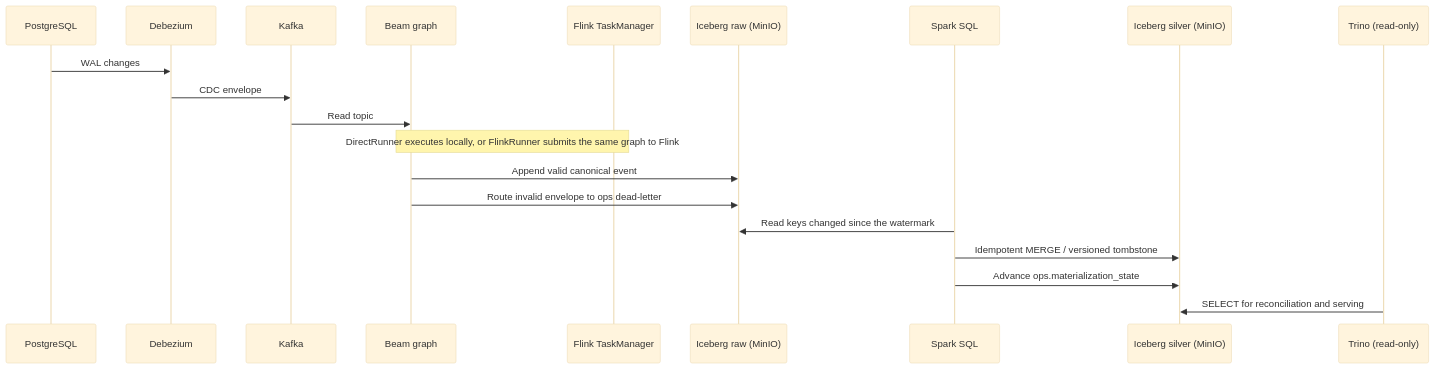
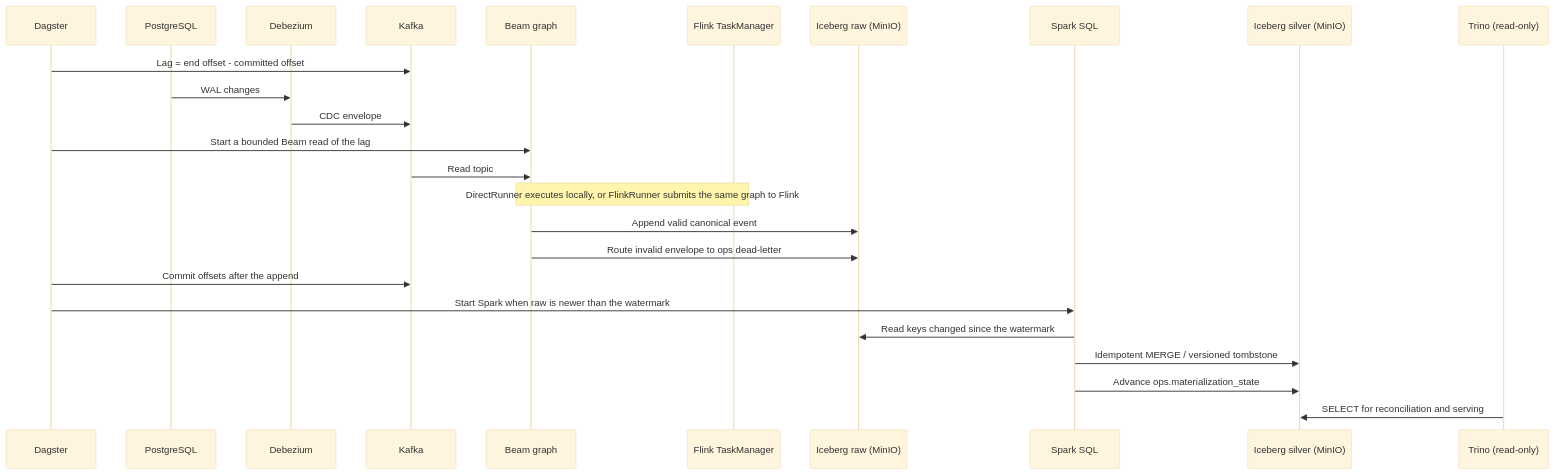
Before and after one commit to sergio11/portable_cdc_lakehouse_poc: the second of 2 diagrams in README.md, drawn with Mermaid (base theme). The commit also changed other lines of this file and 1 other file, not shown here.

````diff
--- a/README.md
+++ b/README.md
@@ -94,23 +100,28 @@
 ```mermaid
 sequenceDiagram
+    participant G as Dagster
     participant P as PostgreSQL
     participant D as Debezium
     participant K as Kafka
     participant B as Beam graph
     participant F as Flink TaskManager
     participant R as Iceberg raw (MinIO)
     participant X as Spark SQL
     participant S as Iceberg silver (MinIO)
     participant T as Trino (read-only)
 
+    G->>K: Lag = end offset - committed offset
     P->>D: WAL changes
     D->>K: CDC envelope
+    G->>B: Start a bounded Beam read of the lag
     K->>B: Read topic
     Note over B,F: DirectRunner executes locally, or FlinkRunner submits the same graph to Flink
     B->>R: Append valid canonical event
     B->>R: Route invalid envelope to ops dead-letter
+    G->>K: Commit offsets after the append
+    G->>X: Start Spark when raw is newer than the watermark
     X->>R: Read keys changed since the watermark
     X->>S: Idempotent MERGE / versioned tombstone
     X->>S: Advance ops.materialization_state
     T->>S: SELECT for reconciliation and serving
 ```
````
